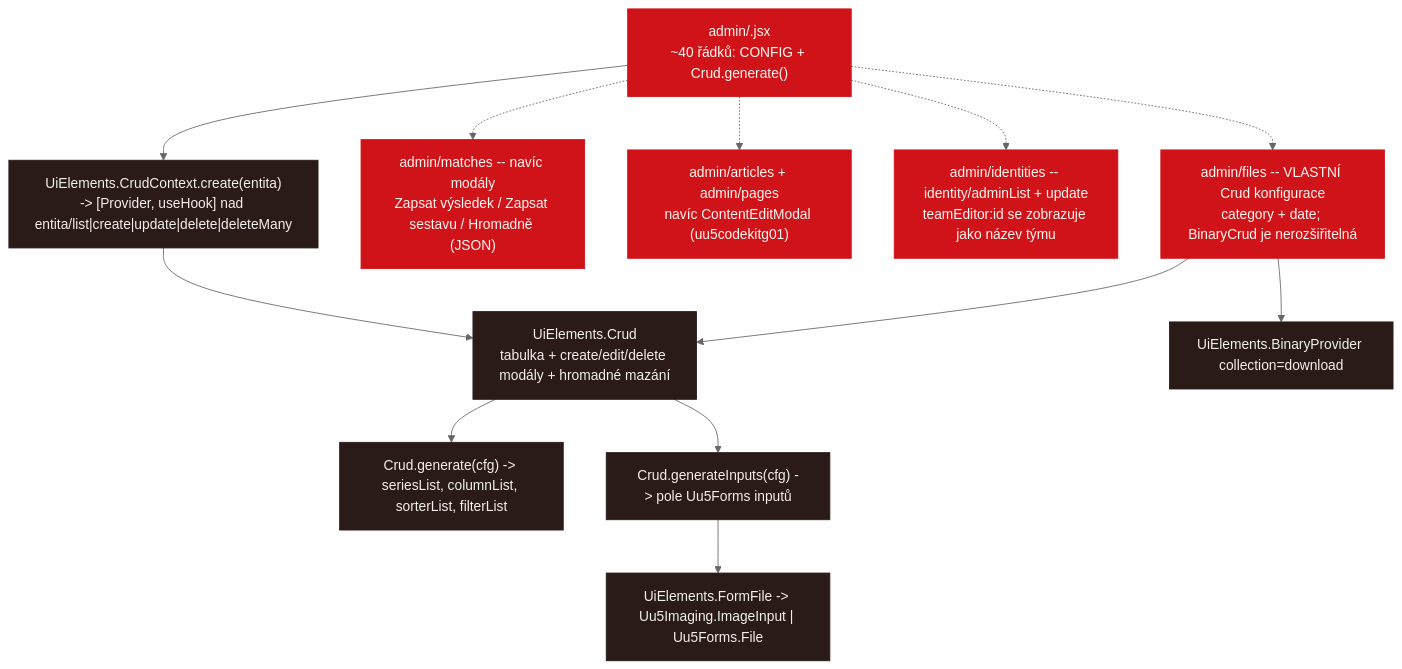
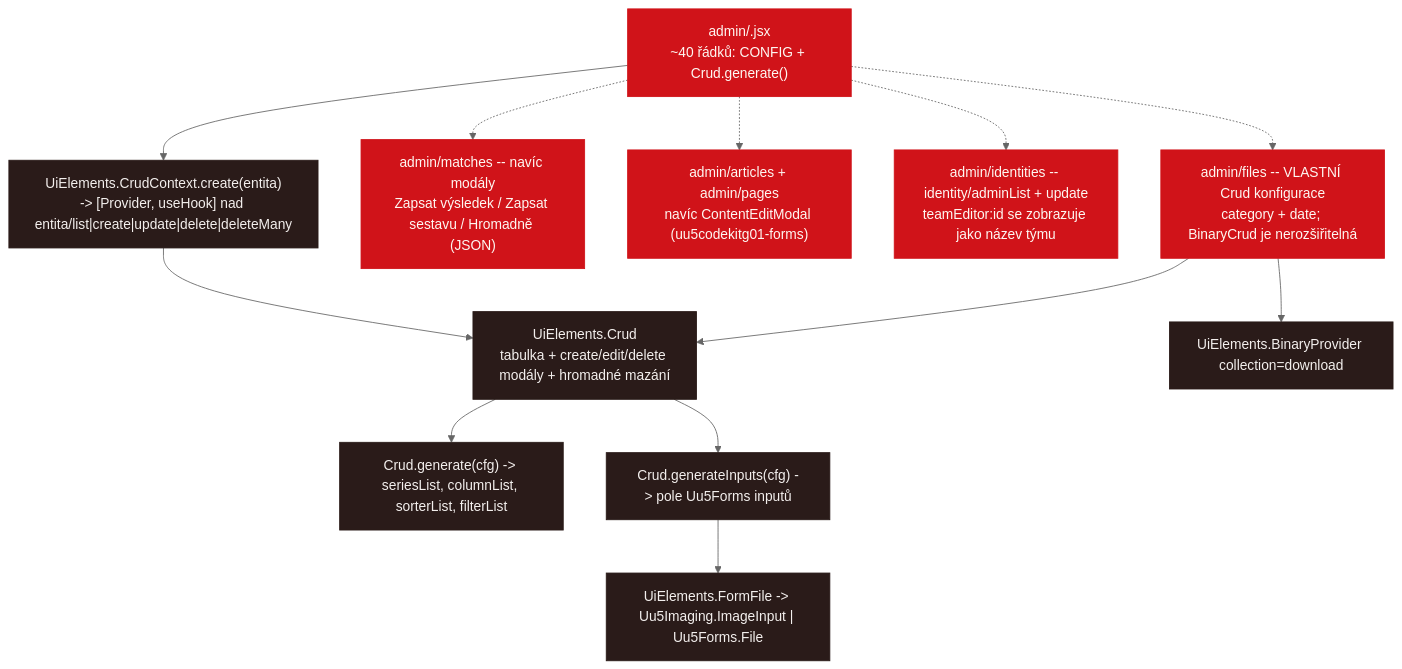
One commit to capo00/afkbratcice changed the tenth of 10 diagrams in design/component-tree.md. Above: the diagram before and after it, drawn with Mermaid (neutral theme). The commit also changed other lines of this file and 21 other files, not shown here.

````diff
--- a/design/component-tree.md
+++ b/design/component-tree.md
@@ -457,25 +457,25 @@
 ```mermaid
 flowchart TD
   gen["admin/<entita>.jsx<br/>~40 řádků: CONFIG + Crud.generate()"]:::own
   ctx["UiElements.CrudContext.create(entita)<br/>-> [Provider, useHook] nad entita/list|create|update|delete|deleteMany"]:::caio
   crud["UiElements.Crud<br/>tabulka + create/edit/delete modály + hromadné mazání"]:::caio
   gencol["Crud.generate(cfg) -> seriesList, columnList, sorterList, filterList"]:::caio
   geninp["Crud.generateInputs(cfg) -> pole Uu5Forms inputů"]:::caio
   ff["UiElements.FormFile -> Uu5Imaging.ImageInput | Uu5Forms.File"]:::caio
   bprov["UiElements.BinaryProvider collection=download"]:::caio
 
   spec1["admin/matches -- navíc modály<br/>Zapsat výsledek / Zapsat sestavu / Hromadně (JSON)"]:::own
-  spec2["admin/articles + admin/pages<br/>navíc ContentEditModal (uu5codekitg01)"]:::own
+  spec2["admin/articles + admin/pages<br/>navíc ContentEditModal (uu5codekitg01-forms)"]:::own
   spec3["admin/identities -- identity/adminList + update<br/>teamEditor:id se zobrazuje jako název týmu"]:::own
   spec4["admin/files -- VLASTNÍ Crud konfigurace<br/>category + date; BinaryCrud je nerozšiřitelná"]:::own
 
   gen --> ctx --> crud
   crud --> gencol & geninp
   geninp --> ff
   spec4 --> bprov
   spec4 --> crud
   gen -.-> spec1 & spec2 & spec3 & spec4
 
   classDef own fill:#D01319,color:#FEF7F2,stroke:#D01319
   classDef caio fill:#2A1B19,color:#F3EFED,stroke:#2A1B19
 ```
````
